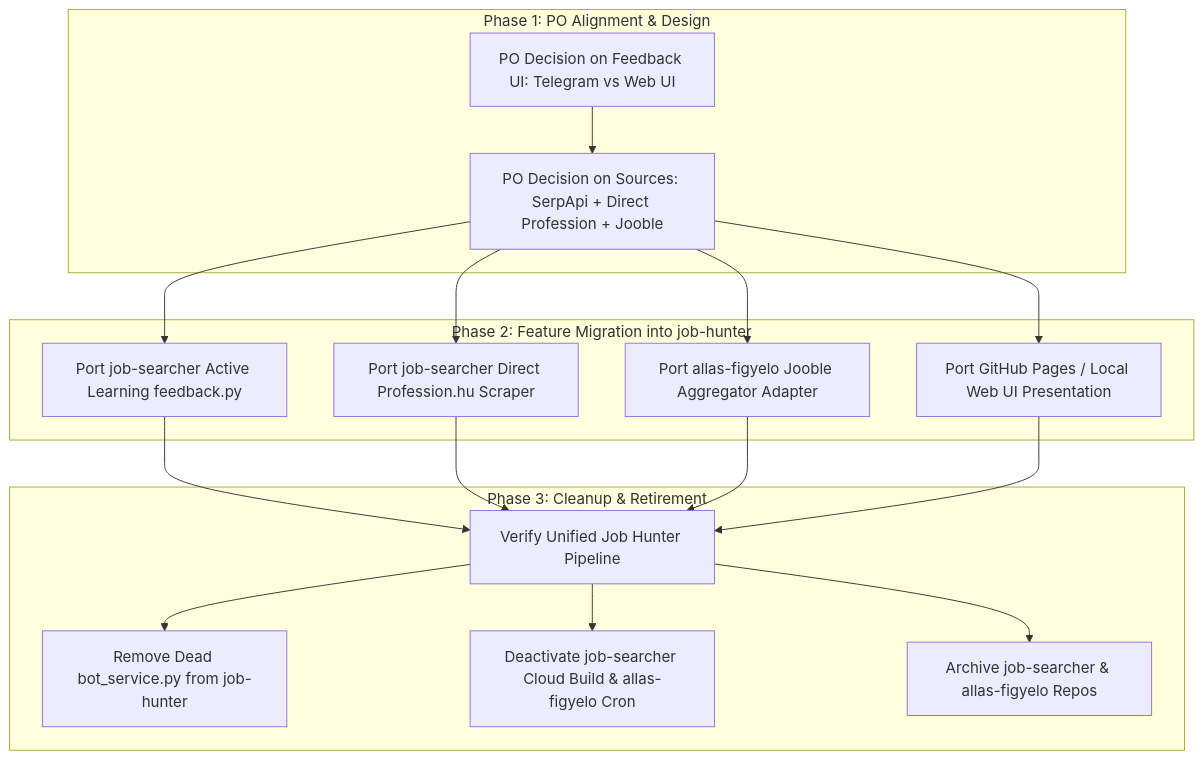
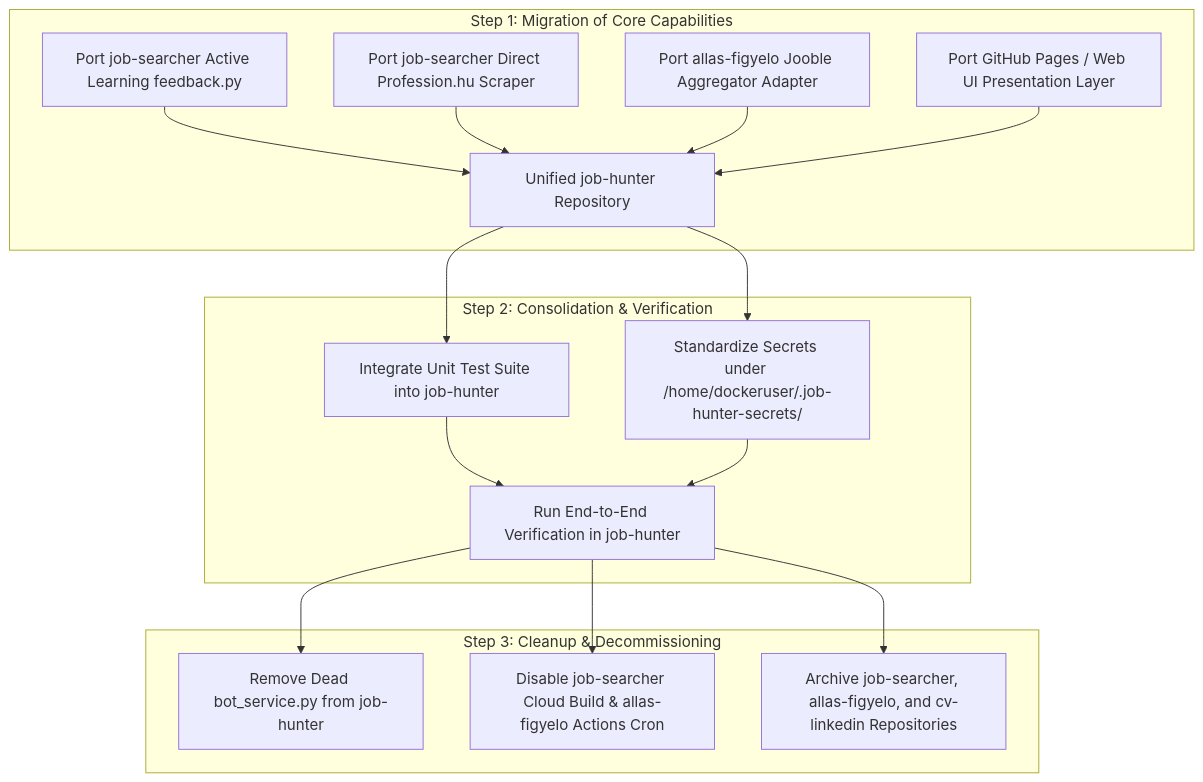
One commit to ggiaur/job-hunter changed the diagram in docs/business-review/JOB-HUNTER-CONSOLIDATION-001-GEMINI.md. Above: the diagram before and after it, drawn with Mermaid. The commit also changed other lines of this file, not shown here.

Commit message:
docs: expand independent consolidation audit report by Gemini (JOB-HUNTER-CONSOLIDATION-001)

````diff
--- a/docs/business-review/JOB-HUNTER-CONSOLIDATION-001-GEMINI.md
+++ b/docs/business-review/JOB-HUNTER-CONSOLIDATION-001-GEMINI.md
@@ -83,20 +94,21 @@
 ```mermaid
 flowchart TD
-    subgraph Phase 1: PO Alignment & Design
-        A[PO Decision on Feedback UI: Telegram vs Web UI] --> B[PO Decision on Sources: SerpApi + Direct Profession + Jooble]
+    subgraph Step 1: Migration of Core Capabilities
+        A[Port job-searcher Active Learning feedback.py] --> D[Unified job-hunter Repository]
+        B[Port job-searcher Direct Profession.hu Scraper] --> D
+        C[Port allas-figyelo Jooble Aggregator Adapter] --> D
+        E[Port GitHub Pages / Web UI Presentation Layer] --> D
     end
 
-    subgraph Phase 2: Feature Migration into job-hunter
-        B --> C[Port job-searcher Active Learning feedback.py]
-        B --> D[Port job-searcher Direct Profession.hu Scraper]
-        B --> E[Port allas-figyelo Jooble Aggregator Adapter]
-        B --> F[Port GitHub Pages / Local Web UI Presentation]
+    subgraph Step 2: Consolidation & Verification
+        D --> F[Integrate Unit Test Suite into job-hunter]
+        D --> G[Standardize Secrets under /home/dockeruser/.job-hunter-secrets/]
+        F & G --> H[Run End-to-End Verification in job-hunter]
     end
 
-    subgraph Phase 3: Cleanup & Retirement
-        C & D & E & F --> G[Verify Unified Job Hunter Pipeline]
-        G --> H[Remove Dead bot_service.py from job-hunter]
-        G --> I[Deactivate job-searcher Cloud Build & allas-figyelo Cron]
-        G --> J[Archive job-searcher & allas-figyelo Repos]
+    subgraph Step 3: Cleanup & Decommissioning
+        H --> I[Remove Dead bot_service.py from job-hunter]
+        H --> J[Disable job-searcher Cloud Build & allas-figyelo Actions Cron]
+        H --> K[Archive job-searcher, allas-figyelo, and cv-linkedin Repositories]
     end
 ```
````
